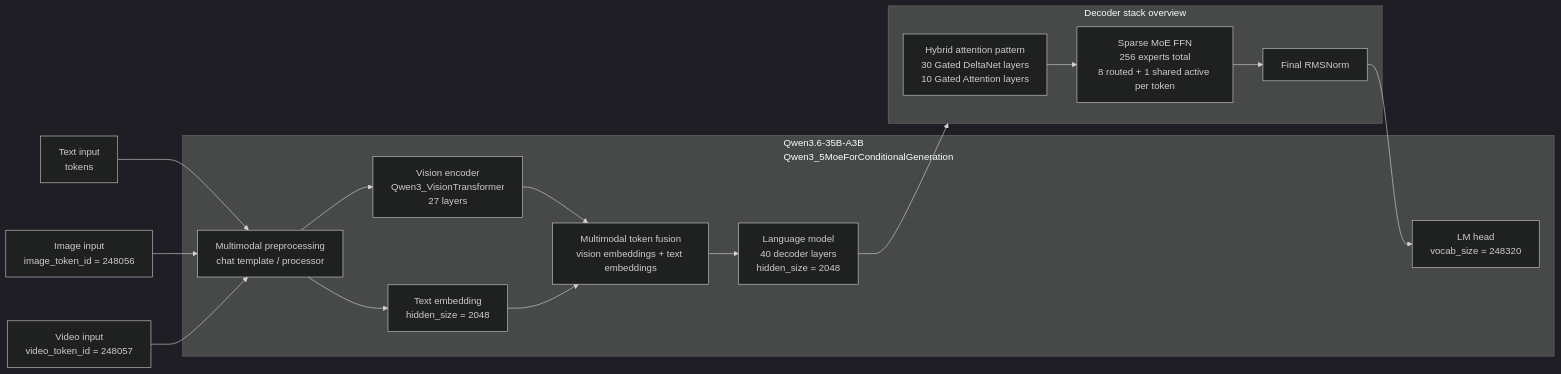
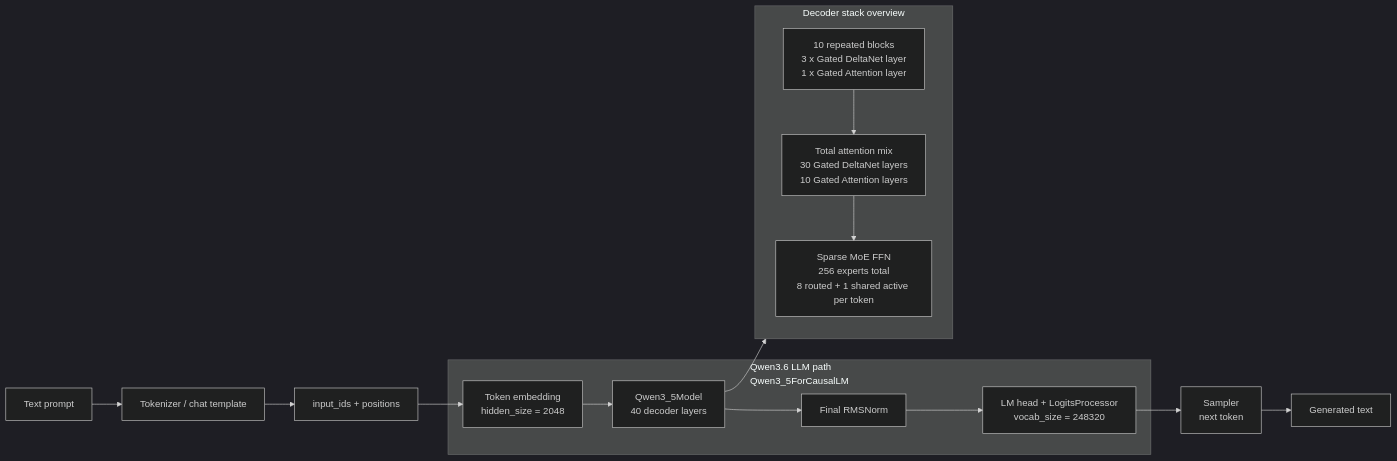
Before and after one commit to HuBeiBei625/learning-note: the second of 3 diagrams in qwen3-6-execution-path.md, drawn with Mermaid (dark theme). The commit also changed other lines of this file, not shown here.

Commit message:
only LLM Scenario

````diff
--- a/qwen3-6-execution-path.md
+++ b/qwen3-6-execution-path.md
@@ -89,34 +89,27 @@
 ```mermaid
 flowchart LR
-    Text["Text input<br/>tokens"]
-    Image["Image input<br/>image_token_id = 248056"]
-    Video["Video input<br/>video_token_id = 248057"]
+    Prompt["Text prompt"]
+    Tokenizer["Tokenizer / chat template"]
+    TokenIds["input_ids + positions"]
 
-    subgraph Model["Qwen3.6-35B-A3B<br/>Qwen3_5MoeForConditionalGeneration"]
-        Processor["Multimodal preprocessing<br/>chat template / processor"]
-        Vision["Vision encoder<br/>Qwen3_VisionTransformer<br/>27 layers"]
-        Embed["Text embedding<br/>hidden_size = 2048"]
-        Fusion["Multimodal token fusion<br/>vision embeddings + text embeddings"]
-        LLM["Language model<br/>40 decoder layers<br/>hidden_size = 2048"]
-        Head["LM head<br/>vocab_size = 248320"]
+    subgraph LLM["Qwen3.6 LLM path<br/>Qwen3_5ForCausalLM"]
+        Embed["Token embedding<br/>hidden_size = 2048"]
+        Stack["Qwen3_5Model<br/>40 decoder layers"]
+        FinalNorm["Final RMSNorm"]
+        Head["LM head + LogitsProcessor<br/>vocab_size = 248320"]
     end
 
     subgraph DecoderStack["Decoder stack overview"]
-        Hybrid["Hybrid attention pattern<br/>30 Gated DeltaNet layers<br/>10 Gated Attention layers"]
+        Pattern["10 repeated blocks<br/>3 x Gated DeltaNet layer<br/>1 x Gated Attention layer"]
+        Hybrid["Total attention mix<br/>30 Gated DeltaNet layers<br/>10 Gated Attention layers"]
         MoE["Sparse MoE FFN<br/>256 experts total<br/>8 routed + 1 shared active per token"]
-        OutputNorm["Final RMSNorm"]
     end
 
-    Text --> Processor
-    Image --> Processor
-    Video --> Processor
-    Processor --> Vision
-    Processor --> Embed
-    Vision --> Fusion
-    Embed --> Fusion
-    Fusion --> LLM
-    LLM --> DecoderStack
+    Sampler["Sampler<br/>next token"]
+    Output["Generated text"]
+
+    Prompt --> Tokenizer --> TokenIds --> Embed --> Stack --> FinalNorm --> Head --> Sampler --> Output
+    Stack --> DecoderStack
+    Pattern --> Hybrid
     Hybrid --> MoE
-    MoE --> OutputNorm
-    OutputNorm --> Head
 ```
````
